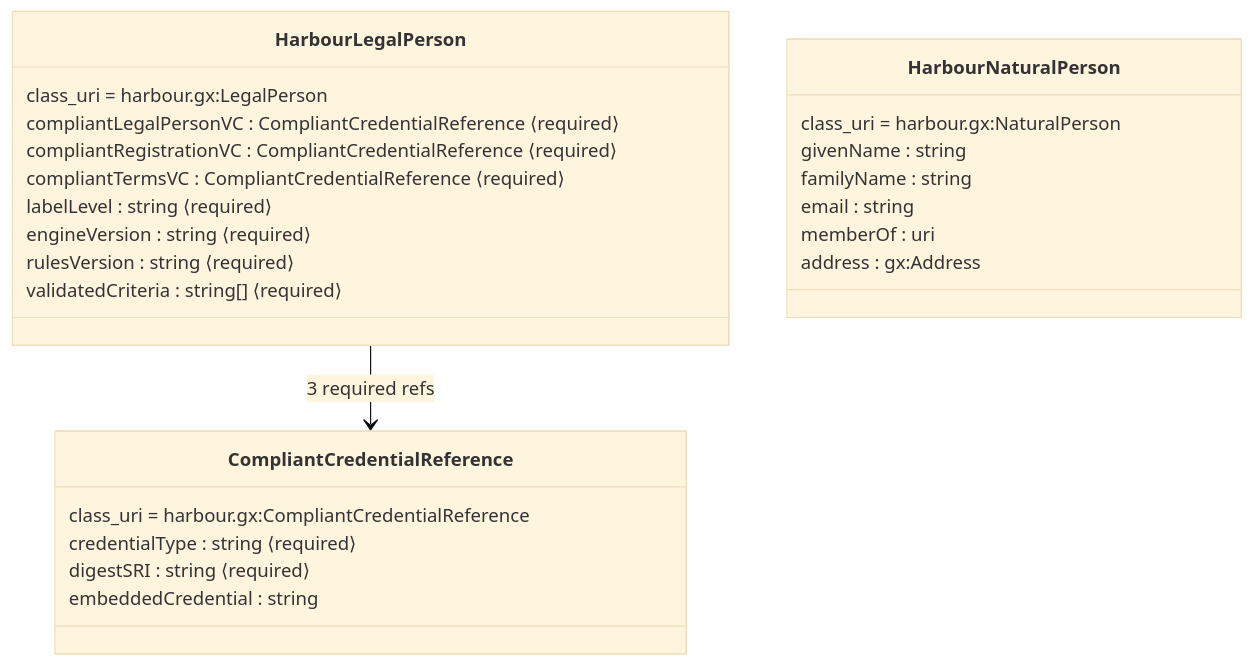
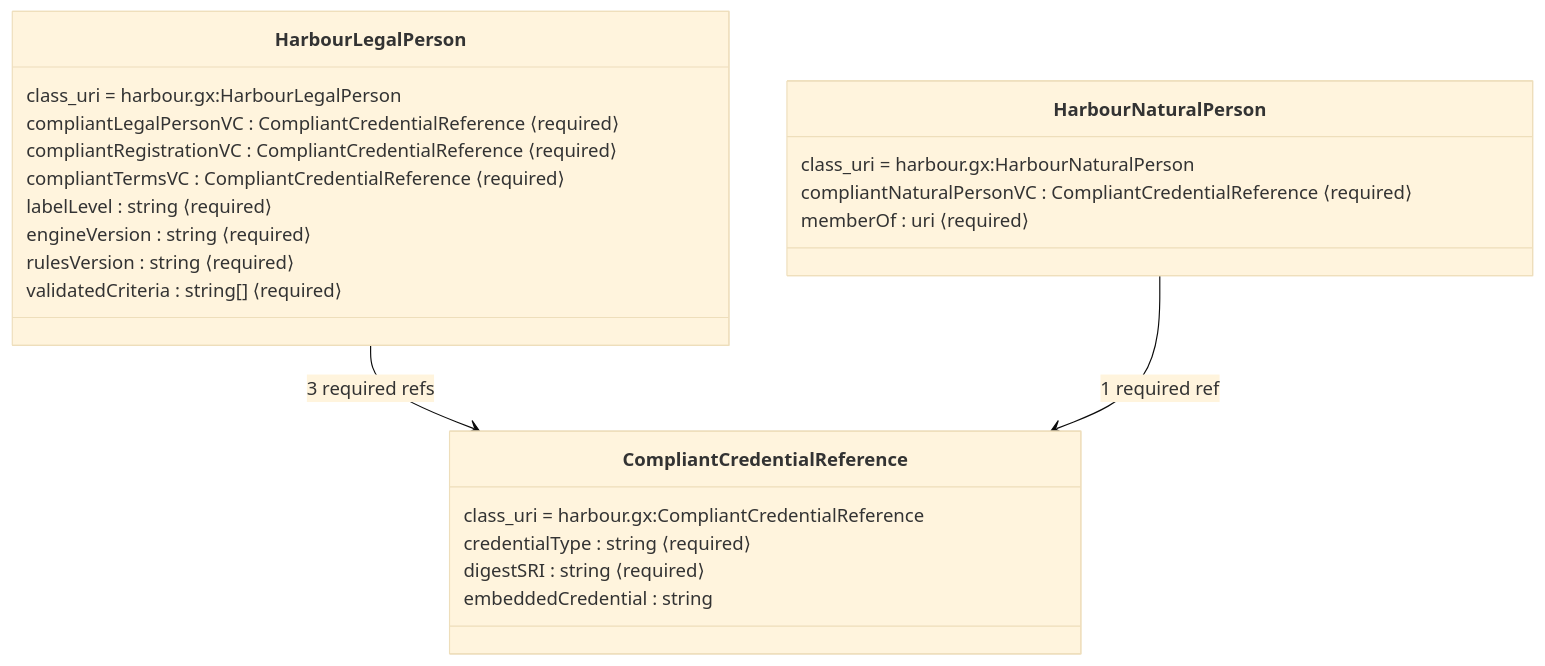
Before and after one commit to reachhaven/harbour-credentials: the fourth of 8 diagrams in docs/schema/credential-model.md, drawn with Mermaid (base theme). The commit also changed other lines of this file and 41 other files, not shown here.

````diff
--- a/docs/schema/credential-model.md
+++ b/docs/schema/credential-model.md
@@ -166,31 +167,29 @@
 ```mermaid
 classDiagram
     class HarbourLegalPerson {
-        class_uri = harbour.gx:LegalPerson
+        class_uri = harbour.gx:HarbourLegalPerson
         compliantLegalPersonVC : CompliantCredentialReference ⟨required⟩
         compliantRegistrationVC : CompliantCredentialReference ⟨required⟩
         compliantTermsVC : CompliantCredentialReference ⟨required⟩
         labelLevel : string ⟨required⟩
         engineVersion : string ⟨required⟩
         rulesVersion : string ⟨required⟩
         validatedCriteria : string[] ⟨required⟩
     }
 
     class CompliantCredentialReference {
         class_uri = harbour.gx:CompliantCredentialReference
         credentialType : string ⟨required⟩
         digestSRI : string ⟨required⟩
         embeddedCredential : string
     }
 
     class HarbourNaturalPerson {
-        class_uri = harbour.gx:NaturalPerson
-        givenName : string
-        familyName : string
-        email : string
-        memberOf : uri
-        address : gx:Address
+        class_uri = harbour.gx:HarbourNaturalPerson
+        compliantNaturalPersonVC : CompliantCredentialReference ⟨required⟩
+        memberOf : uri ⟨required⟩
     }
 
     HarbourLegalPerson --> CompliantCredentialReference : 3 required refs
+    HarbourNaturalPerson --> CompliantCredentialReference : 1 required ref
 ```
````
